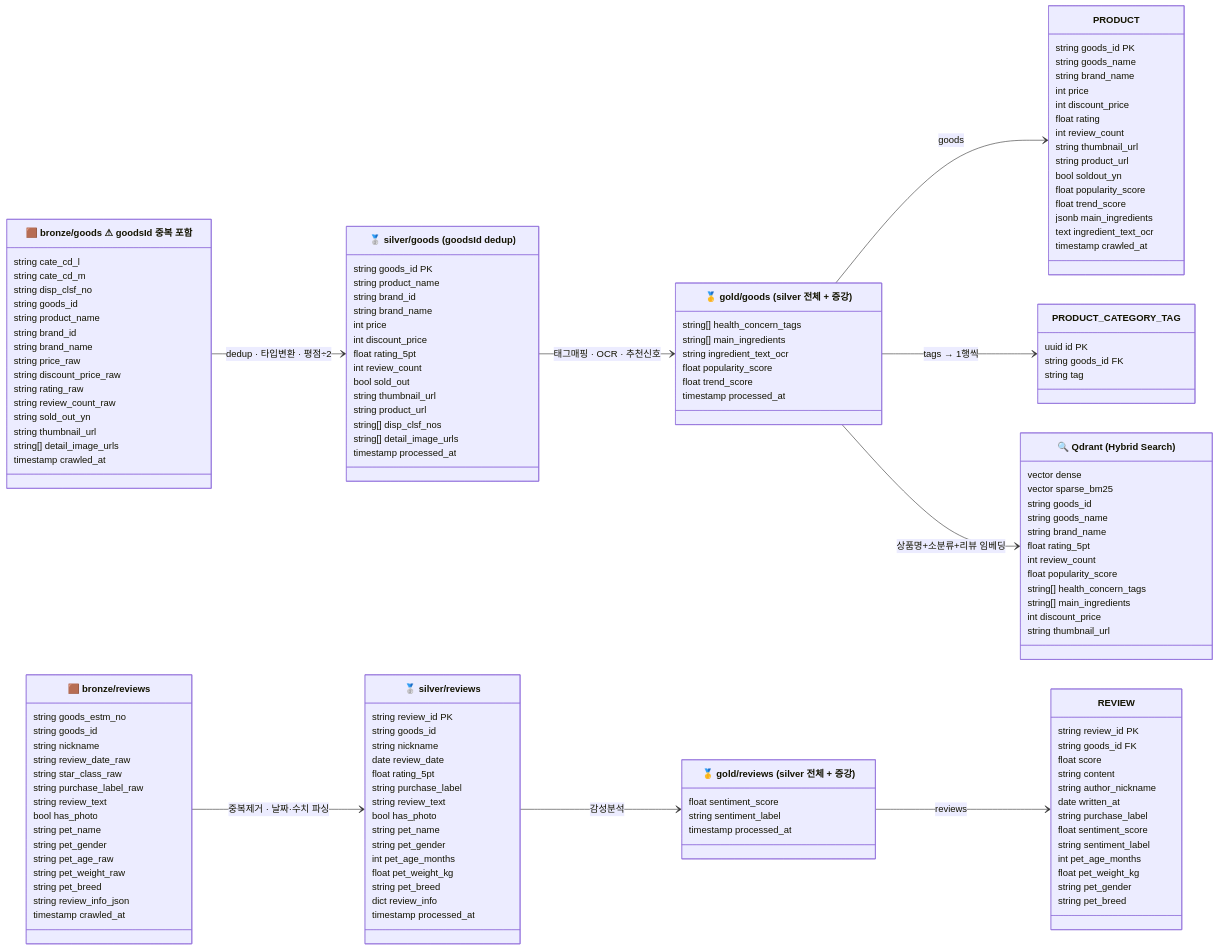
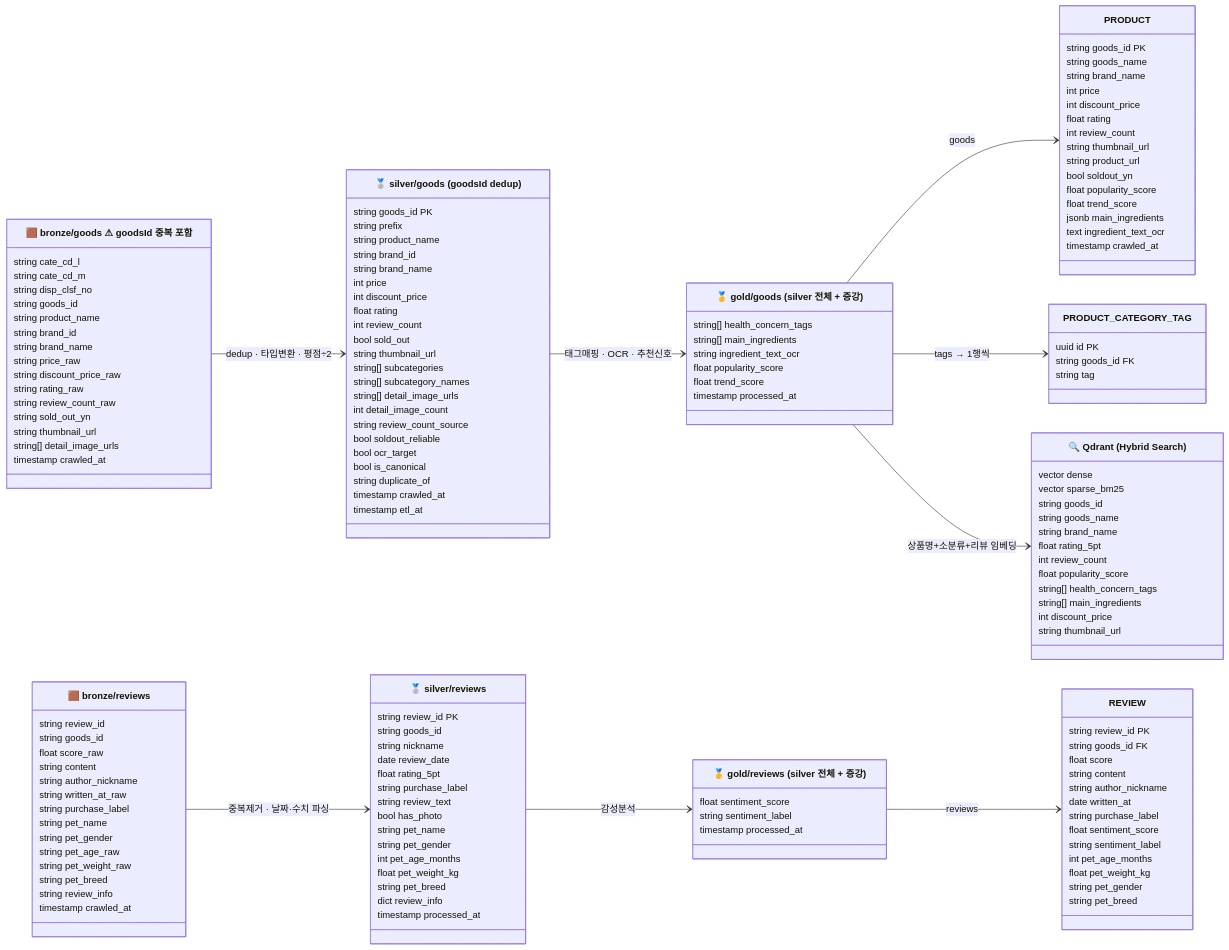
The diagram in docs/data/03_medallion_schema.md (skn-ai22-251029/SKN22-Final-2Team-WEB), drawn with Mermaid before and after one commit. The commit also changed other lines of this file and 1 other file, not shown here.

First line of the commit message:
fix(data): silver_goods 상세 이미지 체크포인트 미반영 수정

```diff
--- a/docs/data/03_medallion_schema.md
+++ b/docs/data/03_medallion_schema.md
@@ -30,38 +30,45 @@
     }
 
     class BronzeReviews["🟫 bronze/reviews"] {
-        string  goods_estm_no
+        string  review_id
         string  goods_id
-        string  nickname
-        string  review_date_raw
-        string  star_class_raw
-        string  purchase_label_raw
-        string  review_text
-        bool    has_photo
+        float   score_raw
+        string  content
+        string  author_nickname
+        string  written_at_raw
+        string  purchase_label
         string  pet_name
         string  pet_gender
         string  pet_age_raw
         string  pet_weight_raw
         string  pet_breed
-        string  review_info_json
+        string  review_info
         timestamp  crawled_at
     }
 
     class SilverGoods["🥈 silver/goods  (goodsId dedup)"] {
         string    goods_id  PK
+        string    prefix
         string    product_name
         string    brand_id
         string    brand_name
         int       price
         int       discount_price
-        float     rating_5pt
+        float     rating
         int       review_count
         bool      sold_out
         string    thumbnail_url
-        string    product_url
-        string[]  disp_clsf_nos
+        string[]  subcategories
+        string[]  subcategory_names
         string[]  detail_image_urls
-        timestamp processed_at
+        int       detail_image_count
+        string    review_count_source
+        bool      soldout_reliable
+        bool      ocr_target
+        bool      is_canonical
+        string    duplicate_of
+        timestamp crawled_at
+        timestamp etl_at
     }
 
     class SilverReviews["🥈 silver/reviews"] {
```
